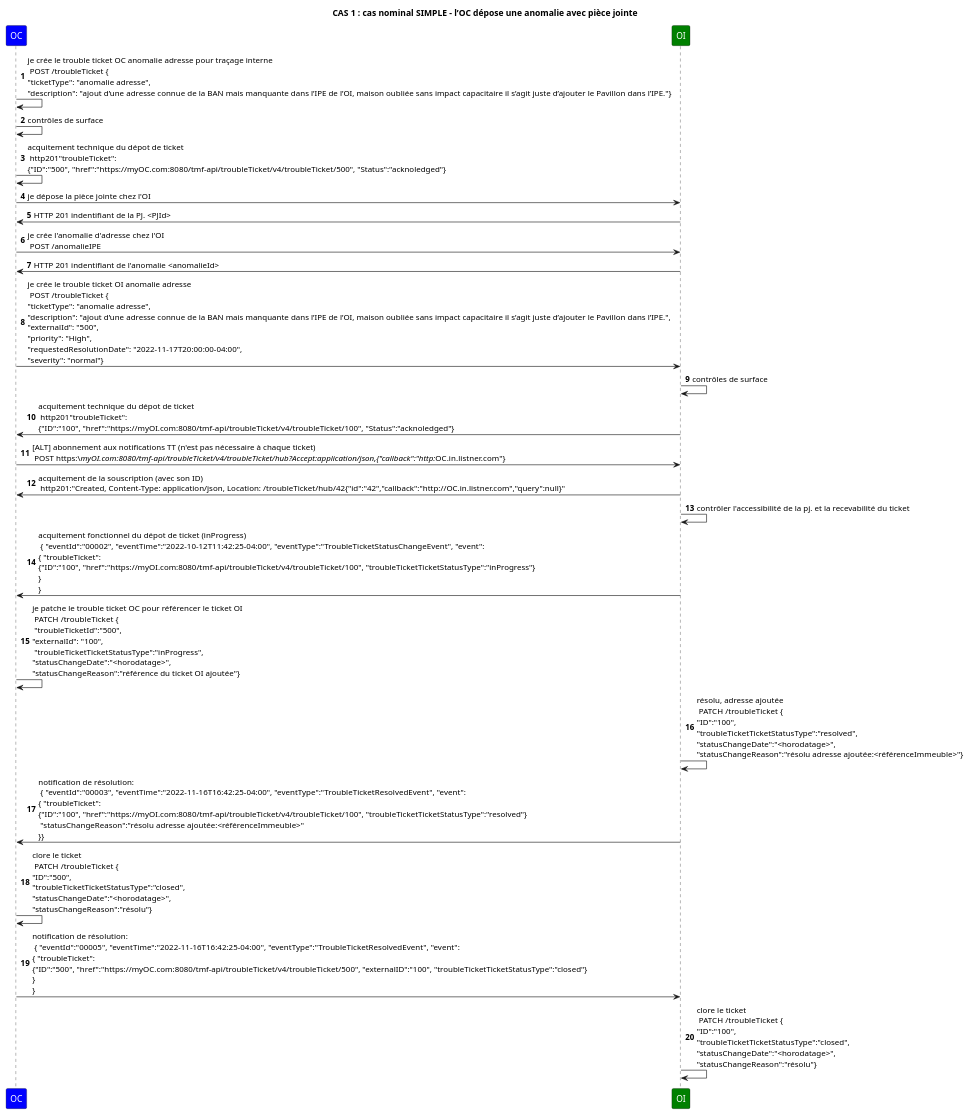
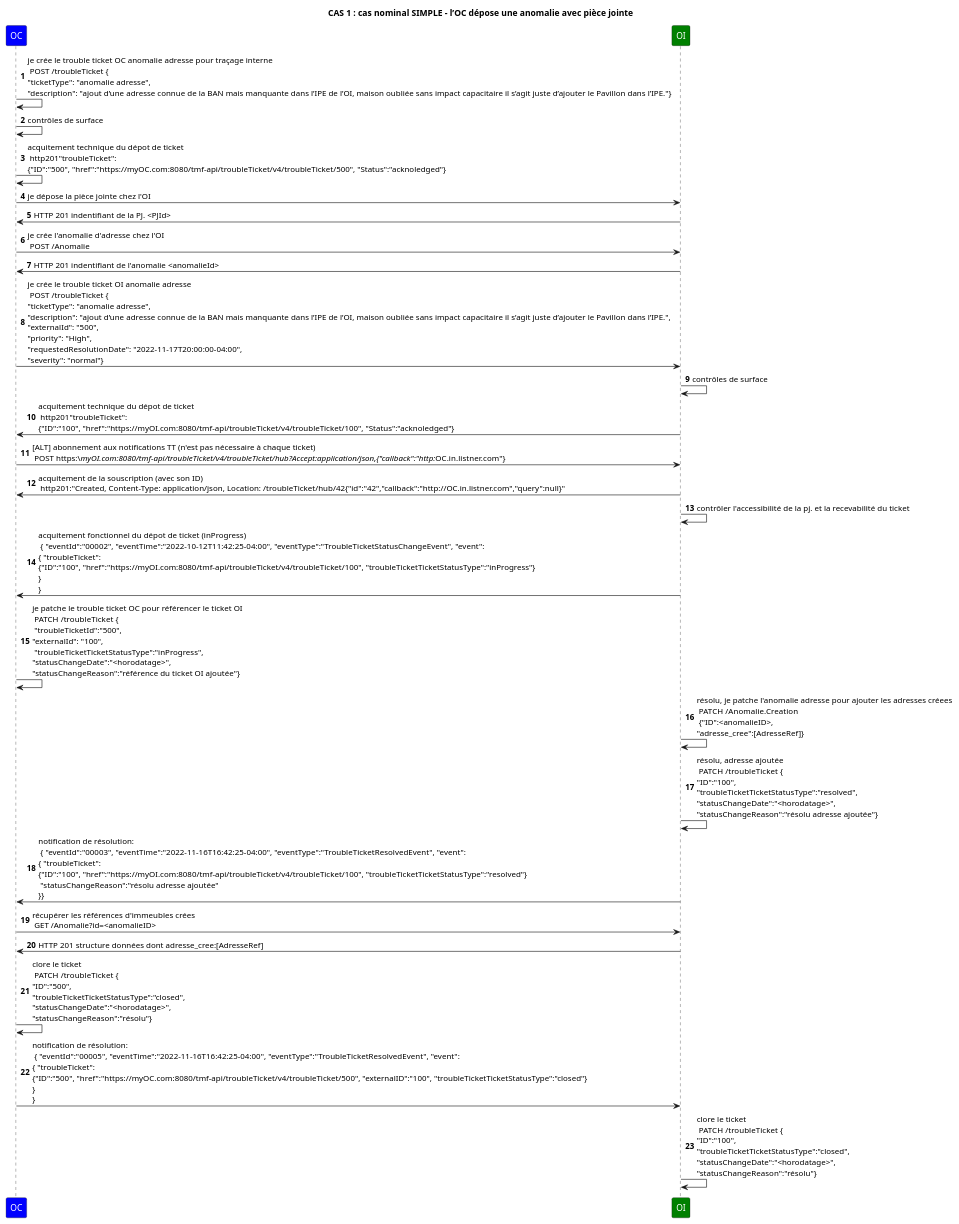
One commit to before-interop/anomalieAdresse changed the diagram in UC1_nominal.puml. Above: the diagram before and after it, drawn with PlantUML.

Commit message:
ajout adresse_cree:[AdresseRef] dans l'anomalie adresse

```diff
--- a/UC1_nominal.puml
+++ b/UC1_nominal.puml
@@ -1,55 +1,58 @@
 @startuml
 
 skinparam ParticipantFontColor automatic
 
 title: CAS 1 : cas nominal SIMPLE - l’OC dépose une anomalie avec pièce jointe 
 
 autonumber
 
 participant OC #Blue
 participant OI #Green
 
 
 OC->OC: je crée le trouble ticket OC anomalie adresse pour traçage interne \n POST /troubleTicket {\n"ticketType": "anomalie adresse",\n"description": "ajout d’une adresse connue de la BAN mais manquante dans l’IPE de l’OI, maison oubliée sans impact capacitaire il s’agit juste d’ajouter le Pavillon dans l’IPE."}
 OC->OC: contrôles de surface
 OC->OC: acquitement technique du dépot de ticket \n http201"troubleTicket": \n{"ID":"500", "href":"https://myOC.com:8080/tmf-api/troubleTicket/v4/troubleTicket/500", "Status":"acknoledged"}
 
 OC->OI: je dépose la pièce jointe chez l'OI
 OI->OC: HTTP 201 indentifiant de la PJ. <PJId>
-OC->OI: je crée l'anomalie d'adresse chez l'OI \n POST /anomalieIPE
+OC->OI: je crée l'anomalie d'adresse chez l'OI \n POST /Anomalie
 OI->OC: HTTP 201 indentifiant de l'anomalie <anomalieId>
 
 
 OC->OI: je crée le trouble ticket OI anomalie adresse \n POST /troubleTicket {\n"ticketType": "anomalie adresse",\n"description": "ajout d’une adresse connue de la BAN mais manquante dans l’IPE de l’OI, maison oubliée sans impact capacitaire il s’agit juste d’ajouter le Pavillon dans l’IPE.",\n"externalId": "500",\n"priority": "High",\n"requestedResolutionDate": "2022-11-17T20:00:00-04:00",\n"severity": "normal"}
 
 OI->OI: contrôles de surface
 
 OI->OC: acquitement technique du dépot de ticket \n http201"troubleTicket": \n{"ID":"100", "href":"https://myOI.com:8080/tmf-api/troubleTicket/v4/troubleTicket/100", "Status":"acknoledged"}
 
 
 OC->OI: [ALT] abonnement aux notifications TT (n'est pas nécessaire à chaque ticket) \n POST https:\//myOI.com:8080/tmf-api/troubleTicket/v4/troubleTicket/hub?Accept:application/json,{"callback":"http://OC.in.listner.com"}
 
 OI->OC: acquitement de la souscription (avec son ID) \n http201:"Created, Content-Type: application/json, Location: /troubleTicket/hub/42{"id":"42","callback":"http://OC.in.listner.com","query":null}"
 
 
 OI->OI: contrôler l'accessibilité de la pj. et la recevabilité du ticket
 
 OI->OC: acquitement fonctionnel du dépot de ticket (inProgress) \n { "eventId":"00002", "eventTime":"2022-10-12T11:42:25-04:00", "eventType":"TroubleTicketStatusChangeEvent", "event": \n{ "troubleTicket": \n{"ID":"100", "href":"https://myOI.com:8080/tmf-api/troubleTicket/v4/troubleTicket/100", "troubleTicketTicketStatusType":"inProgress"}\n} \n}
 
 OC->OC: je patche le trouble ticket OC pour référencer le ticket OI \n PATCH /troubleTicket {\n "troubleTicketId":"500",\n"externalId": "100",\n "troubleTicketTicketStatusType":"inProgress",\n"statusChangeDate":"<horodatage>",\n"statusChangeReason":"référence du ticket OI ajoutée"}
 
-OI->OI: résolu, adresse ajoutée \n PATCH /troubleTicket {\n"ID":"100",\n"troubleTicketTicketStatusType":"resolved",\n"statusChangeDate":"<horodatage>",\n"statusChangeReason":"résolu adresse ajoutée:<référenceImmeuble>"}
+OI->OI:résolu, je patche l'anomalie adresse pour ajouter les adresses créees \n PATCH /Anomalie.Creation \n {"ID":<anomalieID>, \n"adresse_cree":[AdresseRef]}
+OI->OI: résolu, adresse ajoutée \n PATCH /troubleTicket {\n"ID":"100",\n"troubleTicketTicketStatusType":"resolved",\n"statusChangeDate":"<horodatage>",\n"statusChangeReason":"résolu adresse ajoutée"}
 
-OI->OC: notification de résolution: \n { "eventId":"00003", "eventTime":"2022-11-16T16:42:25-04:00", "eventType":"TroubleTicketResolvedEvent", "event": \n{ "troubleTicket": \n{"ID":"100", "href":"https://myOI.com:8080/tmf-api/troubleTicket/v4/troubleTicket/100", "troubleTicketTicketStatusType":"resolved"}\n "statusChangeReason":"résolu adresse ajoutée:<référenceImmeuble>"\n}}
+OI->OC: notification de résolution: \n { "eventId":"00003", "eventTime":"2022-11-16T16:42:25-04:00", "eventType":"TroubleTicketResolvedEvent", "event": \n{ "troubleTicket": \n{"ID":"100", "href":"https://myOI.com:8080/tmf-api/troubleTicket/v4/troubleTicket/100", "troubleTicketTicketStatusType":"resolved"}\n "statusChangeReason":"résolu adresse ajoutée"\n}}
 
+OC->OI: récupérer les références d'immeubles crées \n GET /Anomalie?id=<anomalieID>
+OI->OC: HTTP 201 structure données dont adresse_cree:[AdresseRef]
 
 OC->OC: clore le ticket \n PATCH /troubleTicket {\n"ID":"500",\n"troubleTicketTicketStatusType":"closed",\n"statusChangeDate":"<horodatage>",\n"statusChangeReason":"résolu"}
 
 OC->OI: notification de résolution: \n { "eventId":"00005", "eventTime":"2022-11-16T16:42:25-04:00", "eventType":"TroubleTicketResolvedEvent", "event": \n{ "troubleTicket": \n{"ID":"500", "href":"https://myOC.com:8080/tmf-api/troubleTicket/v4/troubleTicket/500", "externalID":"100", "troubleTicketTicketStatusType":"closed"}\n} \n}
 
 
 
 OI->OI: clore le ticket \n PATCH /troubleTicket {\n"ID":"100",\n"troubleTicketTicketStatusType":"closed",\n"statusChangeDate":"<horodatage>",\n"statusChangeReason":"résolu"}
 
 
 @enduml
```
